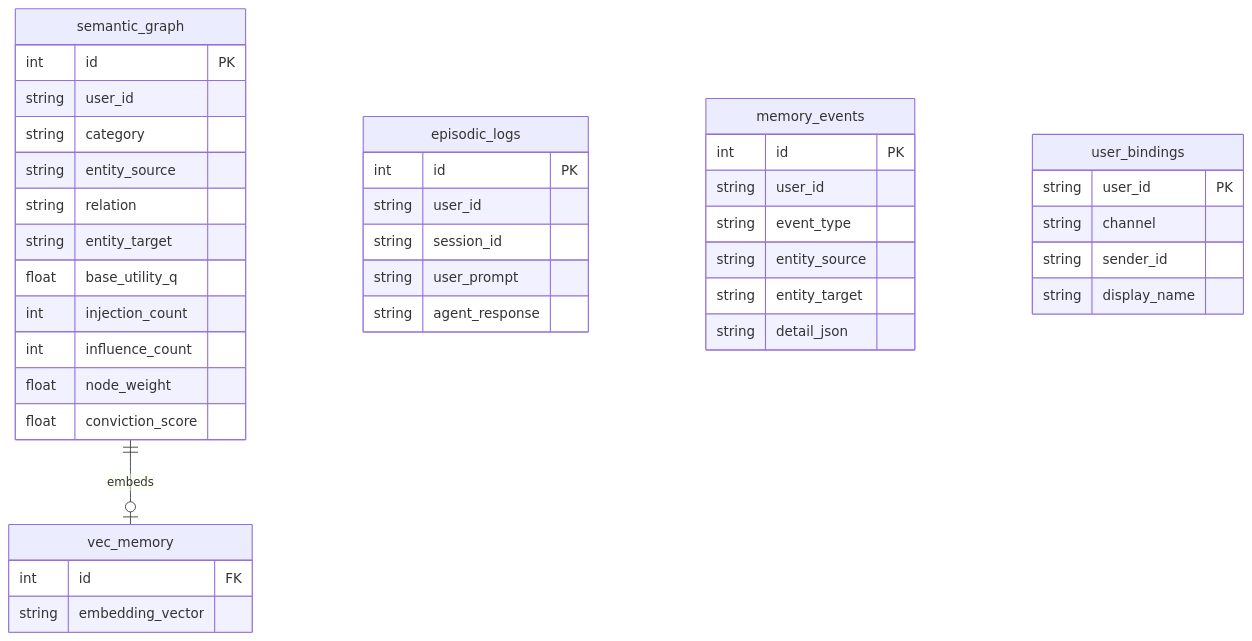
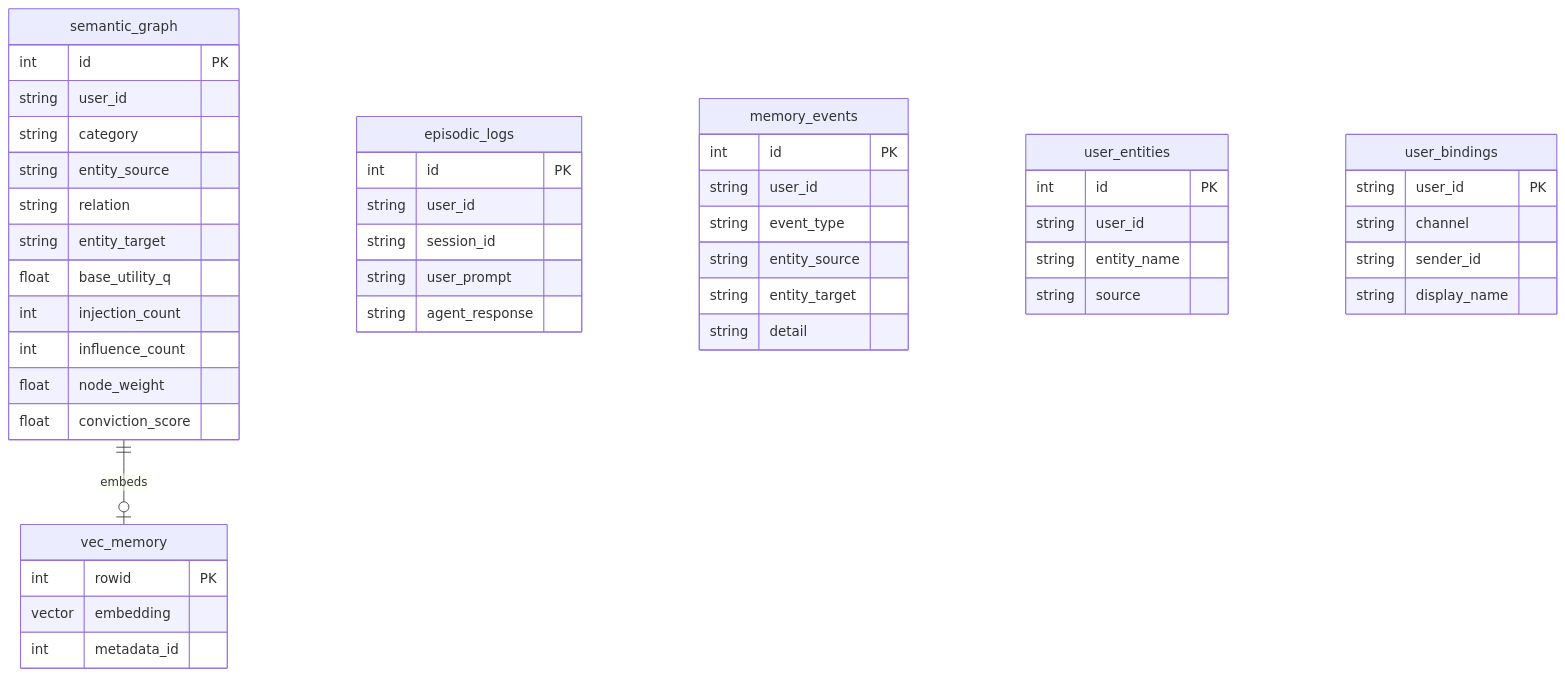
Before and after one commit to crankysmh47/MnemAgent: the fourth of 4 diagrams in README.md, drawn with Mermaid. The commit also changed other lines of this file and 4 other files, not shown here.

````diff
--- a/README.md
+++ b/README.md
@@ -150,42 +187,49 @@
 ```mermaid
 erDiagram
   semantic_graph {
     int id PK
     string user_id
     string category
     string entity_source
     string relation
     string entity_target
     float base_utility_q
     int injection_count
     int influence_count
     float node_weight
     float conviction_score
   }
   vec_memory {
-    int id FK
-    string embedding_vector
+    int rowid PK
+    vector embedding
+    int metadata_id
   }
   episodic_logs {
     int id PK
     string user_id
     string session_id
     string user_prompt
     string agent_response
   }
   memory_events {
     int id PK
     string user_id
     string event_type
     string entity_source
     string entity_target
-    string detail_json
+    string detail
+  }
+  user_entities {
+    int id PK
+    string user_id
+    string entity_name
+    string source
   }
   user_bindings {
     string user_id PK
     string channel
     string sender_id
     string display_name
   }
   semantic_graph ||--o| vec_memory : embeds
 ```
````
